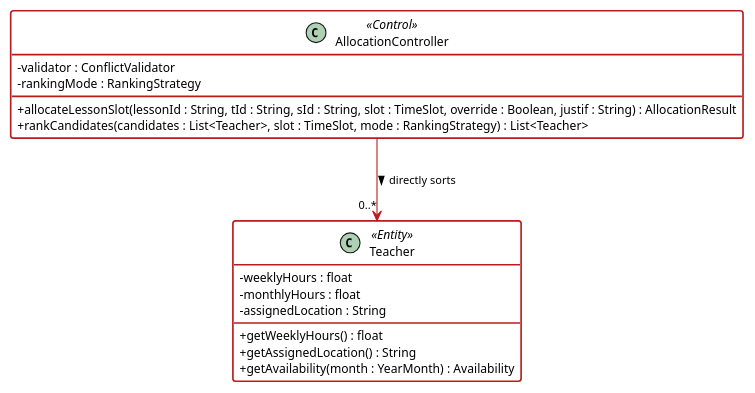
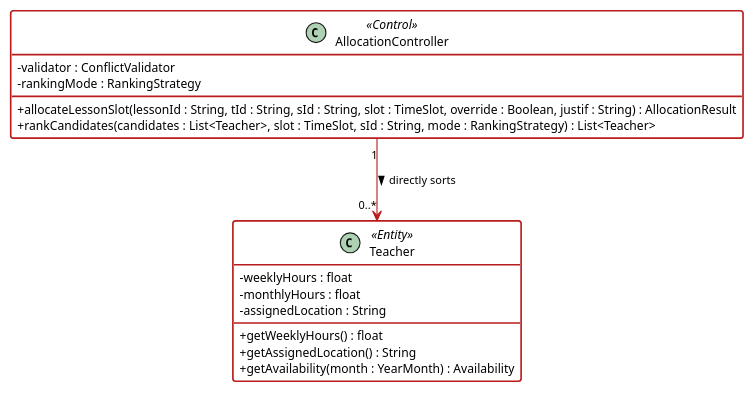
Before and after one commit to adoreblvnk/2001temp: the diagram in report/assets/m2/pattern_before_excerpt.puml, drawn with PlantUML. The commit also changed 27 other files, not shown here.

```diff
--- a/report/assets/m2/pattern_before_excerpt.puml
+++ b/report/assets/m2/pattern_before_excerpt.puml
@@ -1,33 +1,33 @@
 @startuml pattern_before_excerpt
 skinparam classAttributeIconSize 0
 skinparam shadowing false
 skinparam defaultFontName "Helvetica", "Arial", sans-serif
 skinparam defaultFontSize 11
 skinparam class {
     BackgroundColor #FFFFFF
     BorderColor #B91C1C
     BorderThickness 1.5
 }
 skinparam arrow {
     Color #B91C1C
     FontSize 10
 }
 
 class AllocationController <<Control>> {
     - validator : ConflictValidator
     - rankingMode : RankingStrategy
     + allocateLessonSlot(lessonId : String, tId : String, sId : String, slot : TimeSlot, override : Boolean, justif : String) : AllocationResult
-    + rankCandidates(candidates : List<Teacher>, slot : TimeSlot, mode : RankingStrategy) : List<Teacher>
+    + rankCandidates(candidates : List<Teacher>, slot : TimeSlot, sId : String, mode : RankingStrategy) : List<Teacher>
 }
 
 class Teacher <<Entity>> {
     - weeklyHours : float
     - monthlyHours : float
     - assignedLocation : String
     + getWeeklyHours() : float
     + getAssignedLocation() : String
     + getAvailability(month : YearMonth) : Availability
 }
-AllocationController --> "0..*" Teacher : directly sorts >
+AllocationController "1" --> "0..*" Teacher : directly sorts >
 
 @enduml
```
